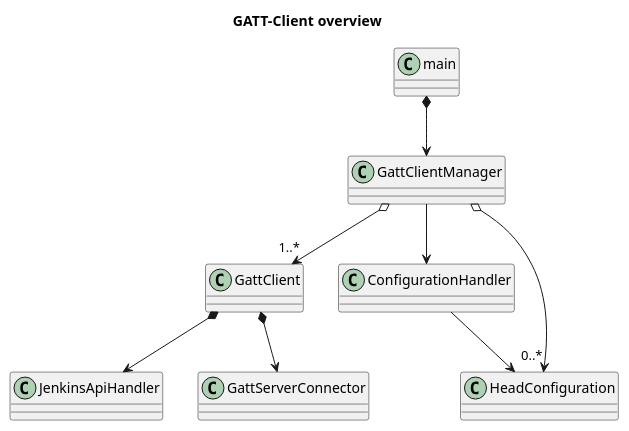
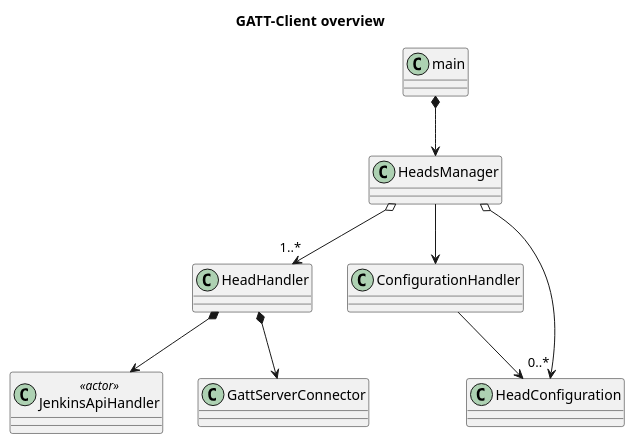
Before and after one commit to EugenWiens/jenkins-head: the diagram in BLE-GATT-Client/doc/diagrams/src/ClassDiagramOverview.wsd, drawn with PlantUML. The commit also changed 12 other files, not shown here.

```diff
--- a/BLE-GATT-Client/doc/diagrams/src/ClassDiagramOverview.wsd
+++ b/BLE-GATT-Client/doc/diagrams/src/ClassDiagramOverview.wsd
@@ -1,14 +1,16 @@
 @startuml "GATT-Client_overview"
 skinparam classAttributeIconSize 0
 title GATT-Client overview
 
-GattClient *--> JenkinsApiHandler
-GattClientManager o--> "1..*" GattClient
-GattClient *--> GattServerConnector
+class JenkinsApiHandler <<actor>>
 
-main *--> GattClientManager
-GattClientManager --> ConfigurationHandler
-GattClientManager o--> "0..*" HeadConfiguration
+HeadHandler *--> JenkinsApiHandler
+HeadsManager o--> "1..*" HeadHandler
+HeadHandler *--> GattServerConnector
+
+main *--> HeadsManager
+HeadsManager --> ConfigurationHandler
+HeadsManager o--> "0..*" HeadConfiguration
 ConfigurationHandler --> HeadConfiguration
 
 @enduml
```
